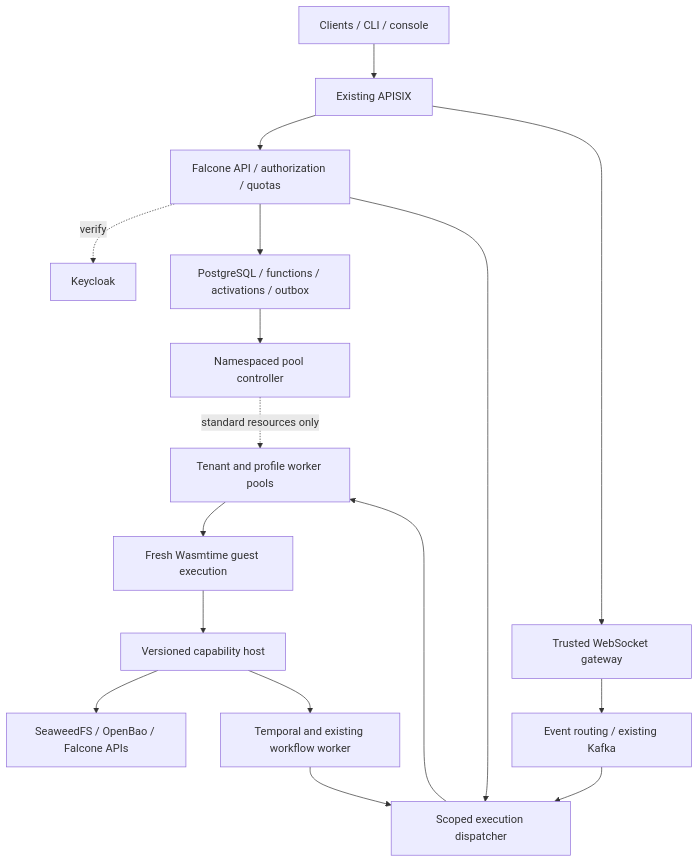
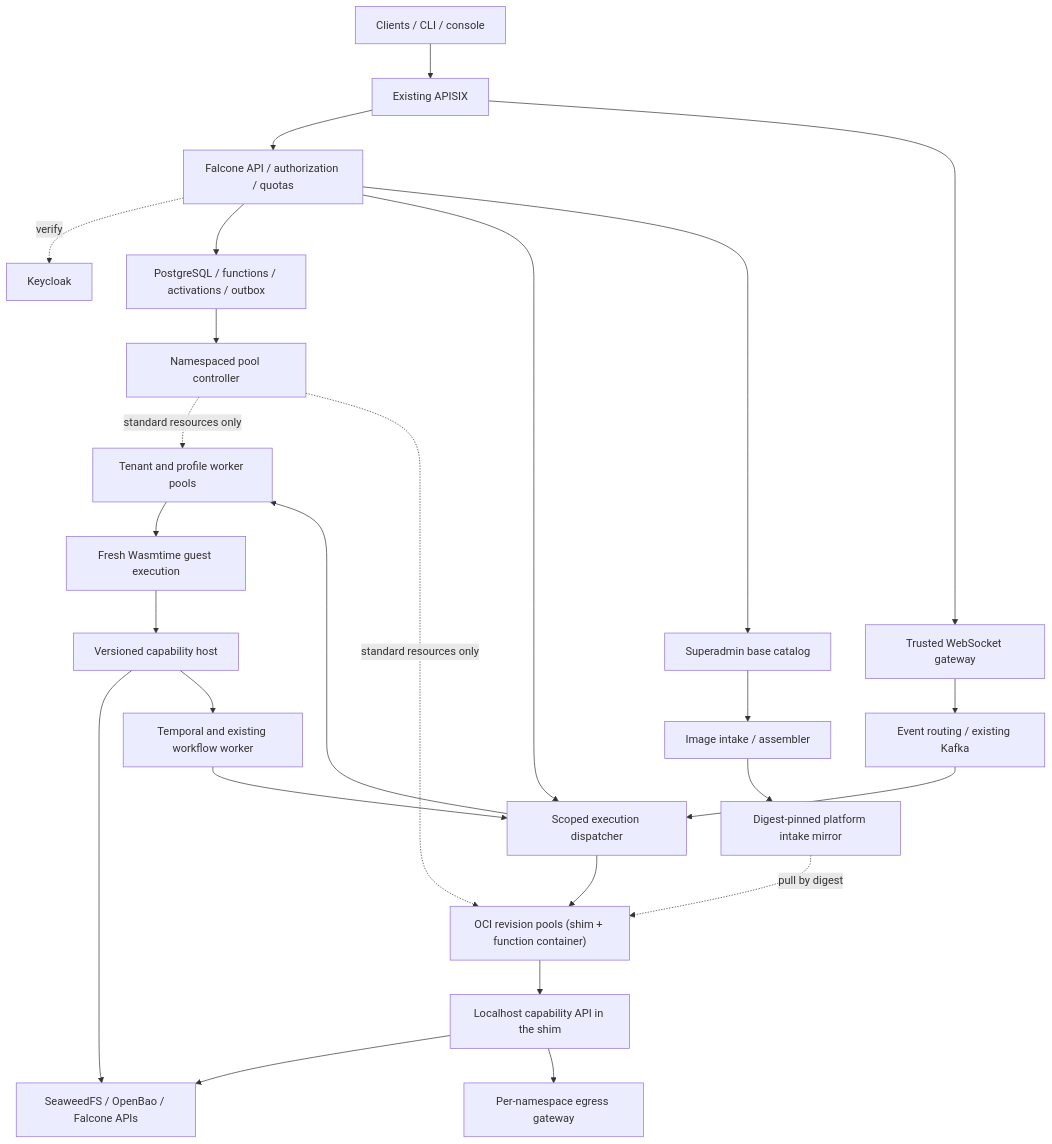
One commit to gntik-ai/falcone-serverless changed the diagram in docs/falcone-serverless-design.md. Above: the diagram before and after it, drawn with Mermaid. The commit also changed other lines of this file and 12 other files, not shown here.

First line of the commit message:
docs: add ADR 0010 OCI execution mode and superadmin base catalog

````diff
--- a/docs/falcone-serverless-design.md
+++ b/docs/falcone-serverless-design.md
@@ -226,19 +230,28 @@
 ```mermaid
 flowchart TD
     Clients["Clients / CLI / console"] --> Edge["Existing APISIX"]
     Edge --> API["Falcone API / authorization / quotas"]
     Edge --> WS["Trusted WebSocket gateway"]
     API -. "verify" .-> IAM["Keycloak"]
     API --> DB["PostgreSQL / functions / activations / outbox"]
     WS --> Events["Event routing / existing Kafka"]
     Events --> Dispatcher["Scoped execution dispatcher"]
     DB --> Controller["Namespaced pool controller"]
     Controller -. "standard resources only" .-> Pool["Tenant and profile worker pools"]
     Dispatcher --> Pool
     API --> Dispatcher
     Pool --> Guest["Fresh Wasmtime guest execution"]
     Guest --> Host["Versioned capability host"]
     Host --> Bindings["SeaweedFS / OpenBao / Falcone APIs"]
     Temporal["Temporal and existing workflow worker"] --> Dispatcher
     Host --> Temporal
+    Controller -. "standard resources only" .-> OciPool["OCI revision pools (shim + function container)"]
+    Dispatcher --> OciPool
+    OciPool --> CapApi["Localhost capability API in the shim"]
+    CapApi --> Bindings
+    CapApi --> Egress["Per-namespace egress gateway"]
+    API --> Catalog["Superadmin base catalog"]
+    Catalog --> Intake["Image intake / assembler"]
+    Intake --> Mirror["Digest-pinned platform intake mirror"]
+    Mirror -. "pull by digest" .-> OciPool
 ```
````
